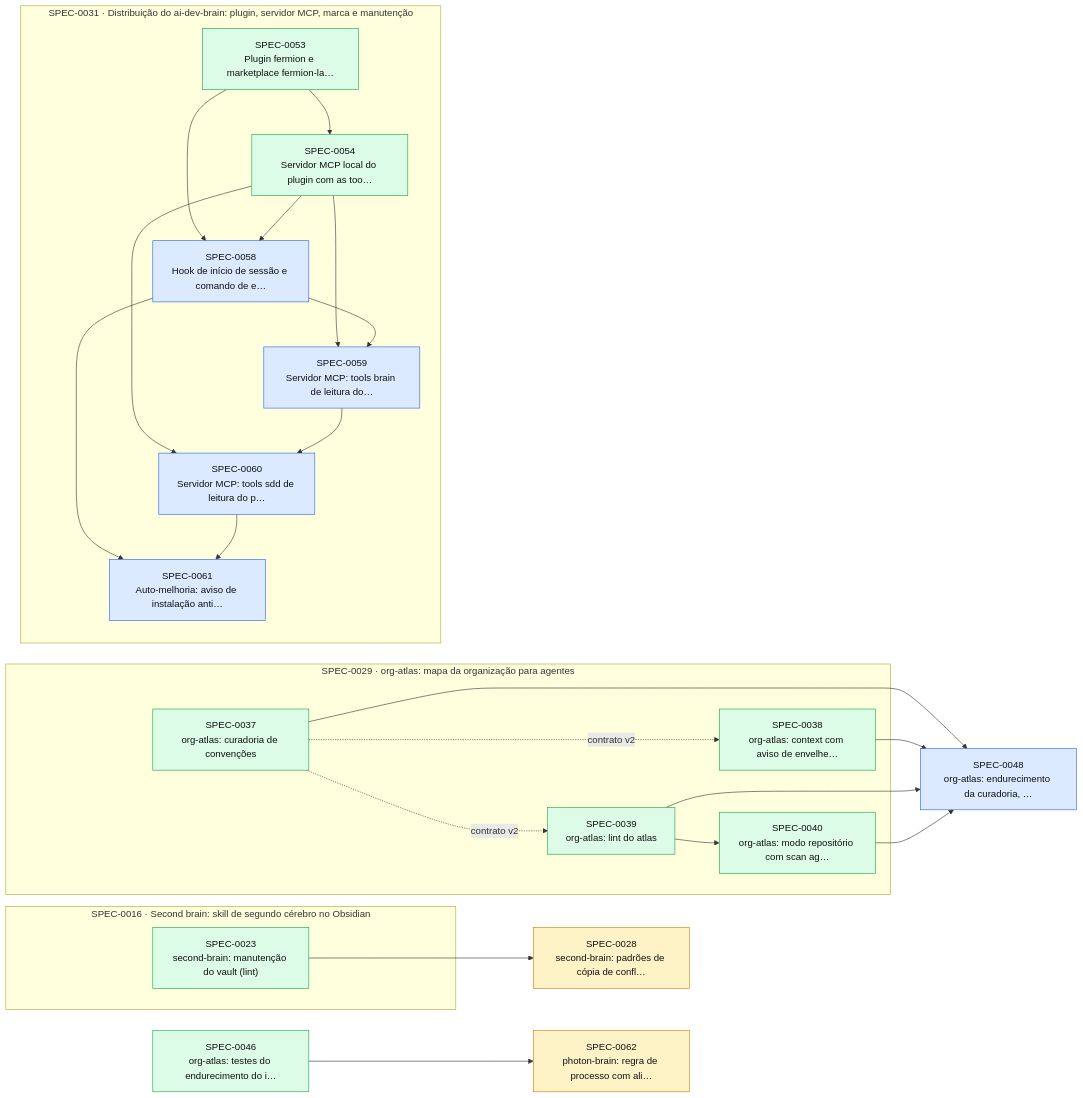
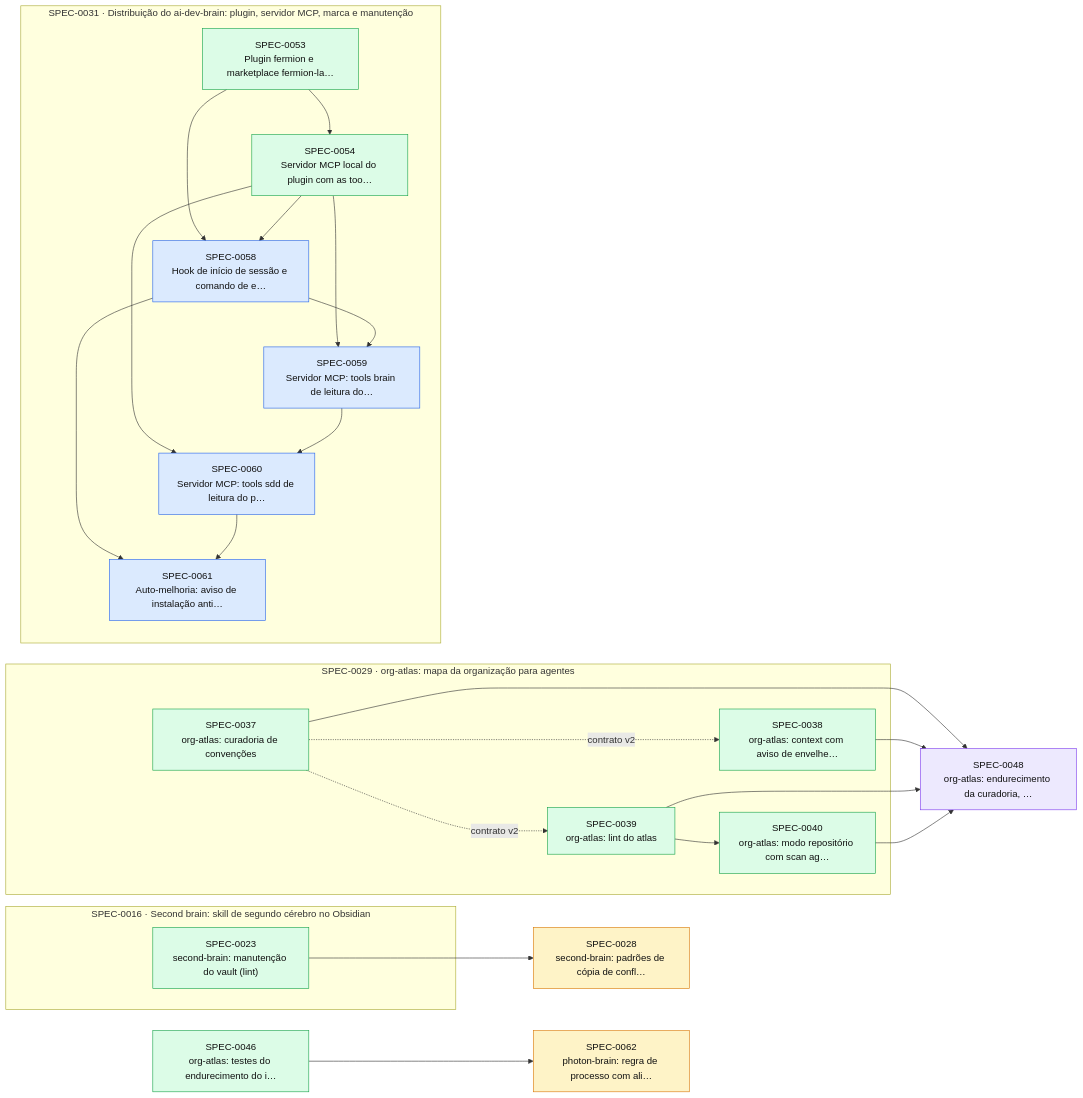
The diagram in docs/specs/INDEX.md (thomasravache/ai-dev-brain), drawn with Mermaid before and after one commit. The commit also changed other lines of this file and 1 other file, not shown here.

First line of the commit message:
docs(specs): PLAN da SPEC-0048

````diff
--- a/docs/specs/INDEX.md
+++ b/docs/specs/INDEX.md
@@ -54,47 +54,47 @@
 ```mermaid
 flowchart LR
   S0028["SPEC-0028<br/>second-brain: padrões de cópia de confl…"]:::proposed
   S0046["SPEC-0046<br/>org-atlas: testes do endurecimento do i…"]:::implemented
-  S0048["SPEC-0048<br/>org-atlas: endurecimento da curadoria, …"]:::approved
+  S0048["SPEC-0048<br/>org-atlas: endurecimento da curadoria, …"]:::inprogress
   S0062["SPEC-0062<br/>photon-brain: regra de processo com ali…"]:::proposed
   subgraph E0016["SPEC-0016 · Second brain: skill de segundo cérebro no Obsidian"]
     S0023["SPEC-0023<br/>second-brain: manutenção do vault (lint)"]:::implemented
   end
   subgraph E0029["SPEC-0029 · org-atlas: mapa da organização para agentes"]
     S0037["SPEC-0037<br/>org-atlas: curadoria de convenções"]:::implemented
     S0038["SPEC-0038<br/>org-atlas: context com aviso de envelhe…"]:::implemented
     S0039["SPEC-0039<br/>org-atlas: lint do atlas"]:::implemented
     S0040["SPEC-0040<br/>org-atlas: modo repositório com scan ag…"]:::implemented
   end
   subgraph E0031["SPEC-0031 · Distribuição do ai-dev-brain: plugin, servidor MCP, marca e manutenção"]
     S0053["SPEC-0053<br/>Plugin fermion e marketplace fermion-la…"]:::implemented
     S0054["SPEC-0054<br/>Servidor MCP local do plugin com as too…"]:::implemented
     S0058["SPEC-0058<br/>Hook de início de sessão e comando de e…"]:::approved
     S0059["SPEC-0059<br/>Servidor MCP: tools brain de leitura do…"]:::approved
     S0060["SPEC-0060<br/>Servidor MCP: tools sdd de leitura do p…"]:::approved
     S0061["SPEC-0061<br/>Auto-melhoria: aviso de instalação anti…"]:::approved
   end
   S0023 --> S0028
   S0037 -. contrato v2 .-> S0038
   S0037 -. contrato v2 .-> S0039
   S0039 --> S0040
   S0037 --> S0048
   S0038 --> S0048
   S0039 --> S0048
   S0040 --> S0048
   S0053 --> S0054
   S0053 --> S0058
   S0054 --> S0058
   S0054 --> S0059
   S0058 --> S0059
   S0054 --> S0060
   S0059 --> S0060
   S0058 --> S0061
   S0060 --> S0061
   S0046 --> S0062
   classDef proposed fill:#fef3c7,stroke:#d97706,color:#111
   classDef approved fill:#dbeafe,stroke:#2563eb,color:#111
   classDef inprogress fill:#ede9fe,stroke:#7c3aed,color:#111
   classDef implemented fill:#dcfce7,stroke:#16a34a,color:#111
   classDef deprecated fill:#f3f4f6,stroke:#9ca3af,color:#6b7280
 ```
````
